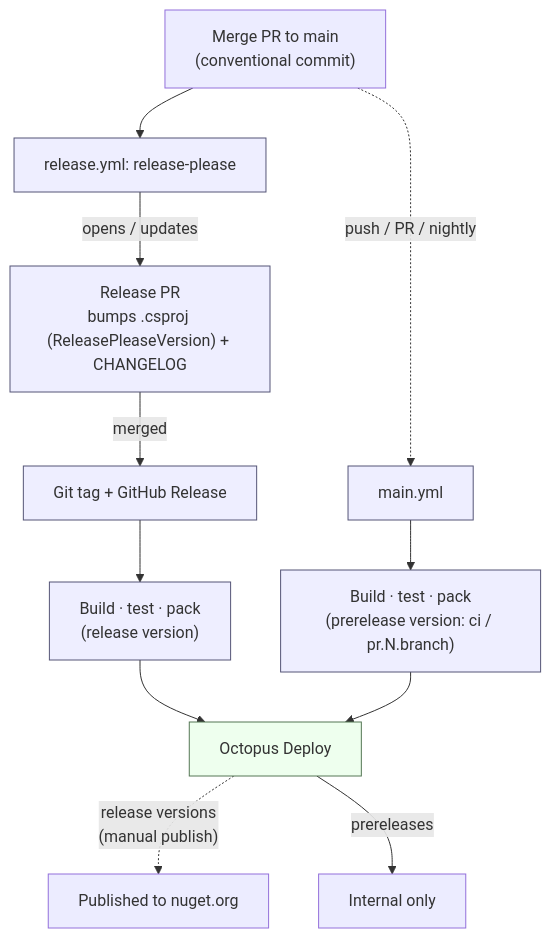
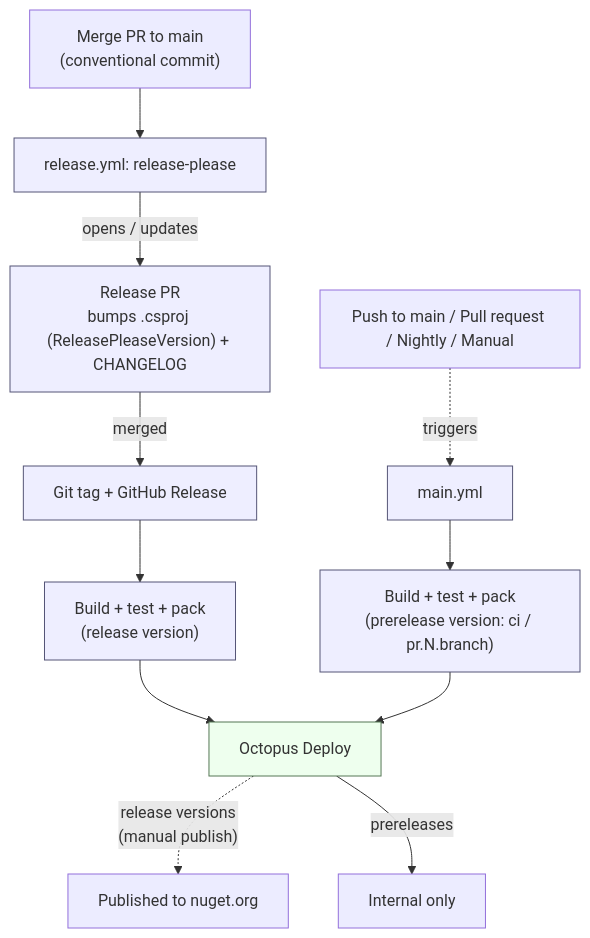
Before and after one commit to OctopusDeploy/openfeature-provider-dotnet: the diagram in RELEASING.md, drawn with Mermaid.

Commit message:
Improve diagram

````diff
--- a/RELEASING.md
+++ b/RELEASING.md
@@ -7,23 +7,24 @@
 ```mermaid
 flowchart TD
     PR["Merge PR to main<br/>(conventional commit)"]
+    TRIG["Push to main / Pull request / Nightly / Manual"]
 
     PR --> RP["release.yml: release-please"]
-    PR -. "push / PR / nightly" .-> CI["main.yml"]
+    TRIG -. "triggers" .-> CI["main.yml"]
 
     RP -->|"opens / updates"| RPR["Release PR<br/>bumps .csproj (ReleasePleaseVersion) + CHANGELOG"]
     RPR -->|"merged"| TAG["Git tag + GitHub Release"]
 
-    TAG --> ACTR["Build · test · pack<br/>(release version)"]
-    CI --> ACTP["Build · test · pack<br/>(prerelease version: ci / pr.N.branch)"]
+    TAG --> ACTR["Build + test + pack<br/>(release version)"]
+    CI --> ACTP["Build + test + pack<br/>(prerelease version: ci / pr.N.branch)"]
 
     ACTR --> OCT["Octopus Deploy"]
     ACTP --> OCT
     OCT -. "release versions<br/>(manual publish)" .-> PUB["Published to nuget.org"]
     OCT -->|"prereleases"| PRE["Internal only"]
 
     classDef gh fill:#eef,stroke:#557;
     classDef oct fill:#efe,stroke:#575;
     class RP,RPR,TAG,CI,ACTR,ACTP gh;
     class OCT oct;
 ```
````
